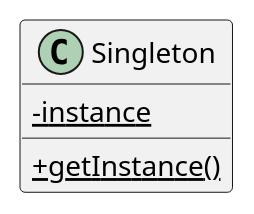
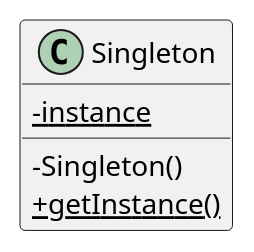
One commit to Kodak4400/DesignPattern changed the diagram in Singleton/Singleton.pu. Above: the diagram before and after it, drawn with PlantUML. The commit also changed 5 other files, not shown here.

```diff
--- a/Singleton/Singleton.pu
+++ b/Singleton/Singleton.pu
@@ -1,6 +1,7 @@
 skinparam classAttributeIconSize 0
 
 class Singleton {
   - {static} instance
+  - Singleton()
   + {static} getInstance()
 }
```
